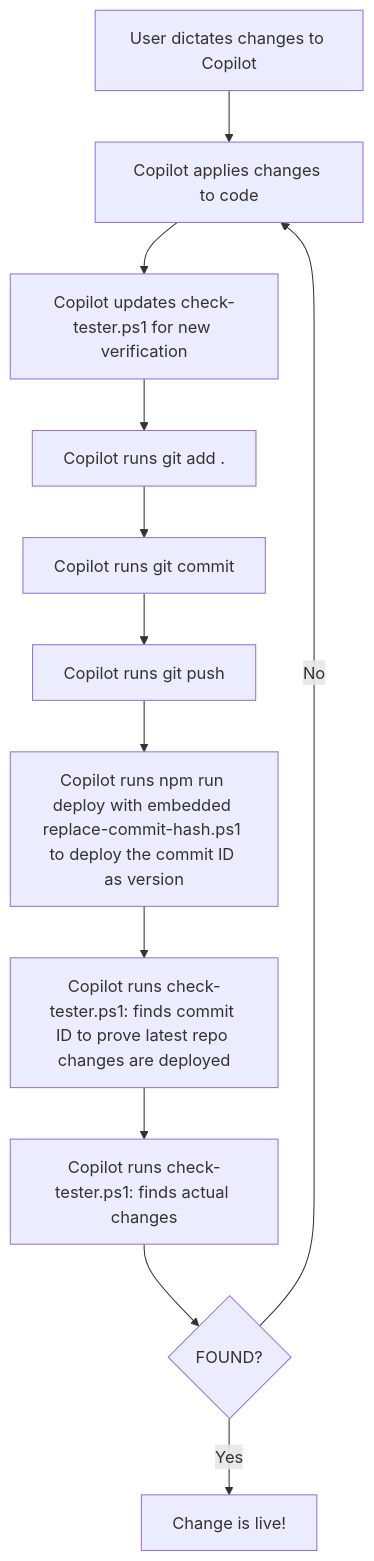
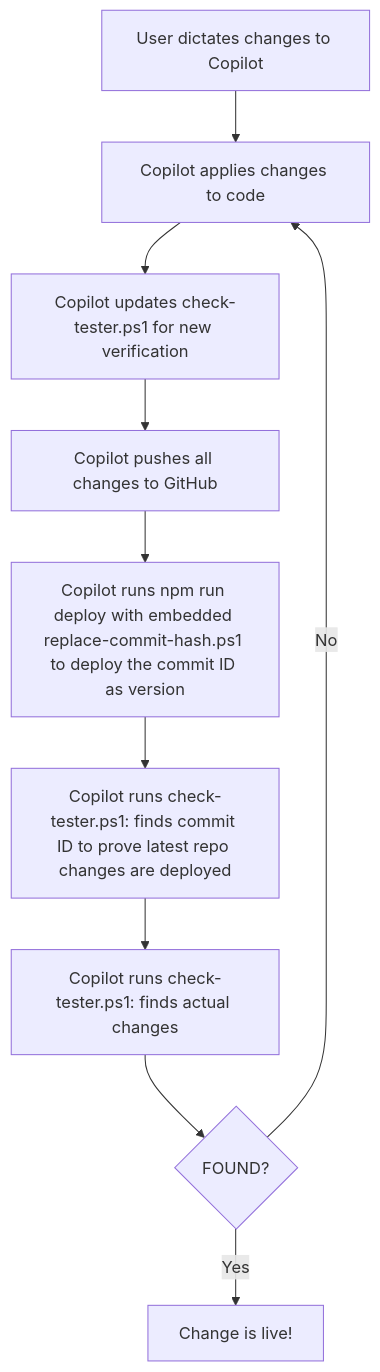
The second of 2 diagrams in README.md (shapez0r/agentai_repo), drawn with Mermaid before and after one commit.

Commit message:
Update README: combine git add/commit/push into one step in workflow diagram

````diff
--- a/README.md
+++ b/README.md
@@ -65,14 +65,12 @@
 ```mermaid
 flowchart TD
     A[User dictates changes to Copilot] --> B[Copilot applies changes to code]
     B --> C[Copilot updates check-tester.ps1 for new verification]
-    C --> D[Copilot runs git add .]
-    D --> E[Copilot runs git commit]
-    E --> F[Copilot runs git push]
-    F --> G[Copilot runs npm run deploy with embedded replace-commit-hash.ps1 to deploy the commit ID as version]
-    G --> H[Copilot runs check-tester.ps1: finds commit ID to prove latest repo changes are deployed]
-    H --> I[Copilot runs check-tester.ps1: finds actual changes]
-    I --> J{FOUND?}
-    J -- Yes --> K[Change is live!]
-    J -- No --> B
+    C --> D[Copilot pushes all changes to GitHub]
+    D --> E[Copilot runs npm run deploy with embedded replace-commit-hash.ps1 to deploy the commit ID as version]
+    E --> F[Copilot runs check-tester.ps1: finds commit ID to prove latest repo changes are deployed]
+    F --> G[Copilot runs check-tester.ps1: finds actual changes]
+    G --> H{FOUND?}
+    H -- Yes --> I[Change is live!]
+    H -- No --> B
 ```
````
